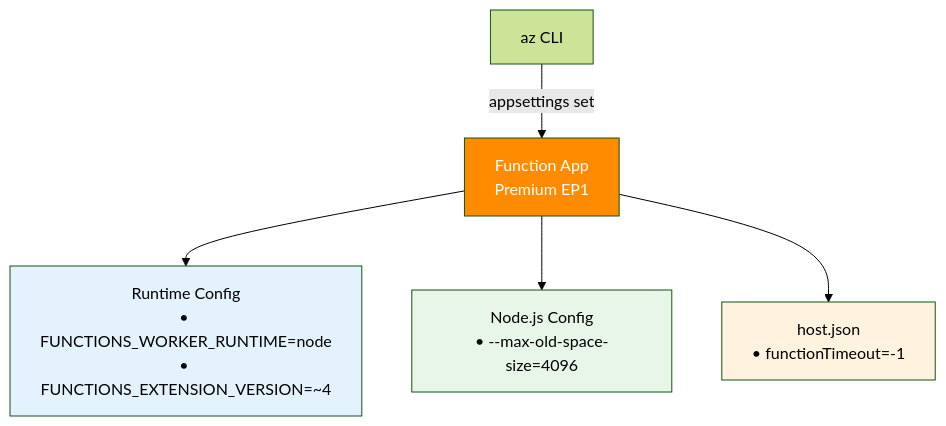
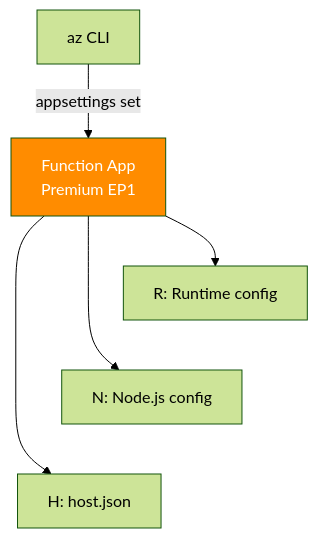
One commit to yeongseon/azure-functions-practical-guide changed the diagram in docs/language-guides/nodejs/tutorial/premium/03-configuration.md. Above: the diagram before and after it, drawn with Mermaid (forest theme). The commit also changed other lines of this file and 4 other files, not shown here.

First line of the commit message:
docs(diagrams): clarify Node.js configuration tutorial figures (#509)

````diff
--- a/docs/language-guides/nodejs/tutorial/premium/03-configuration.md
+++ b/docs/language-guides/nodejs/tutorial/premium/03-configuration.md
@@ -59,12 +62,14 @@
 ```mermaid
 flowchart TD
+    accTitle: Node.js Premium EP1 configuration categories
+    accDescr: Azure CLI updates app settings on the Premium EP1 app. R, N and H classify runtime settings, the Node.js heap example and the separate host.json timeout; the adjacent key gives their full names.
     CLI[az CLI] -->|appsettings set| FA[Function App\nPremium EP1]
-    FA --> RUNTIME["Runtime Config\n• FUNCTIONS_WORKER_RUNTIME=node\n• FUNCTIONS_EXTENSION_VERSION=~4"]
-    FA --> NODE["Node.js Config\n• --max-old-space-size=4096"]
-    FA --> HOST["host.json\n• functionTimeout=-1"]
+    FA --> RUNTIME["R: Runtime config"]
+    FA --> NODE["N: Node.js config"]
+    FA --> HOST["H: host.json"]
+    %% Layout-only links tier categories; they add no configuration steps or semantic arrows.
+    RUNTIME ~~~ NODE
+    NODE ~~~ HOST
 
     style FA fill:#ff8c00,color:#fff
-    style RUNTIME fill:#E3F2FD
-    style NODE fill:#E8F5E9
-    style HOST fill:#FFF3E0
 ```
````
